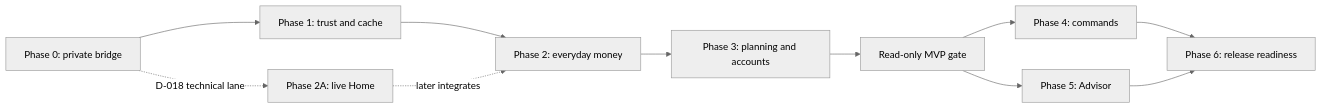
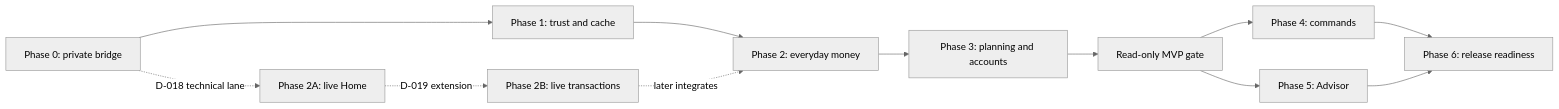
The diagram in ios/Specification/README.md (saar120/money-monitor), drawn with Mermaid (neutral theme) before and after one commit. The commit also changed other lines of this file and 5 other files, not shown here.

````diff
--- a/ios/Specification/README.md
+++ b/ios/Specification/README.md
@@ -31,13 +31,14 @@
 ```mermaid
 flowchart LR
     P0["Phase 0: private bridge"] --> P1["Phase 1: trust and cache"]
     P1 --> P2["Phase 2: everyday money"]
     P0 -. "D-018 technical lane" .-> P2A["Phase 2A: live Home"]
-    P2A -. "later integrates" .-> P2
+    P2A -. "D-019 extension" .-> P2B["Phase 2B: live transactions"]
+    P2B -. "later integrates" .-> P2
     P2 --> P3["Phase 3: planning and accounts"]
     P3 --> MVP["Read-only MVP gate"]
     MVP --> P4["Phase 4: commands"]
     MVP --> P5["Phase 5: Advisor"]
     P4 --> P6["Phase 6: release readiness"]
     P5 --> P6
 ```
````
